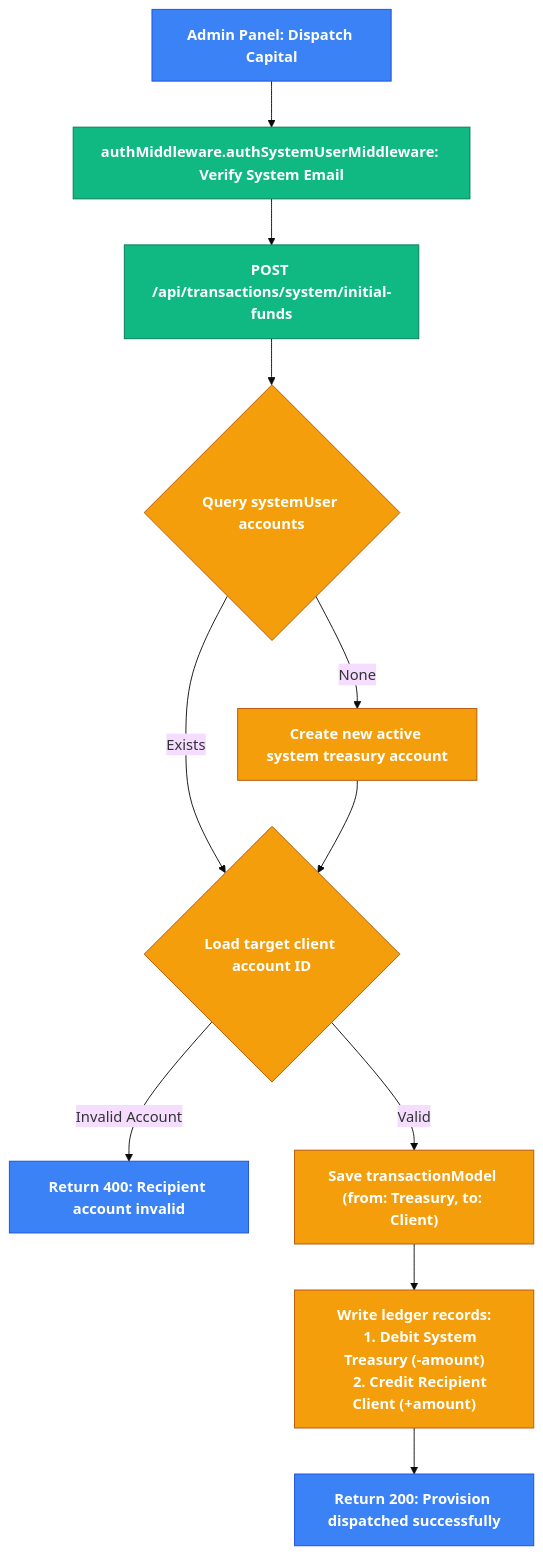
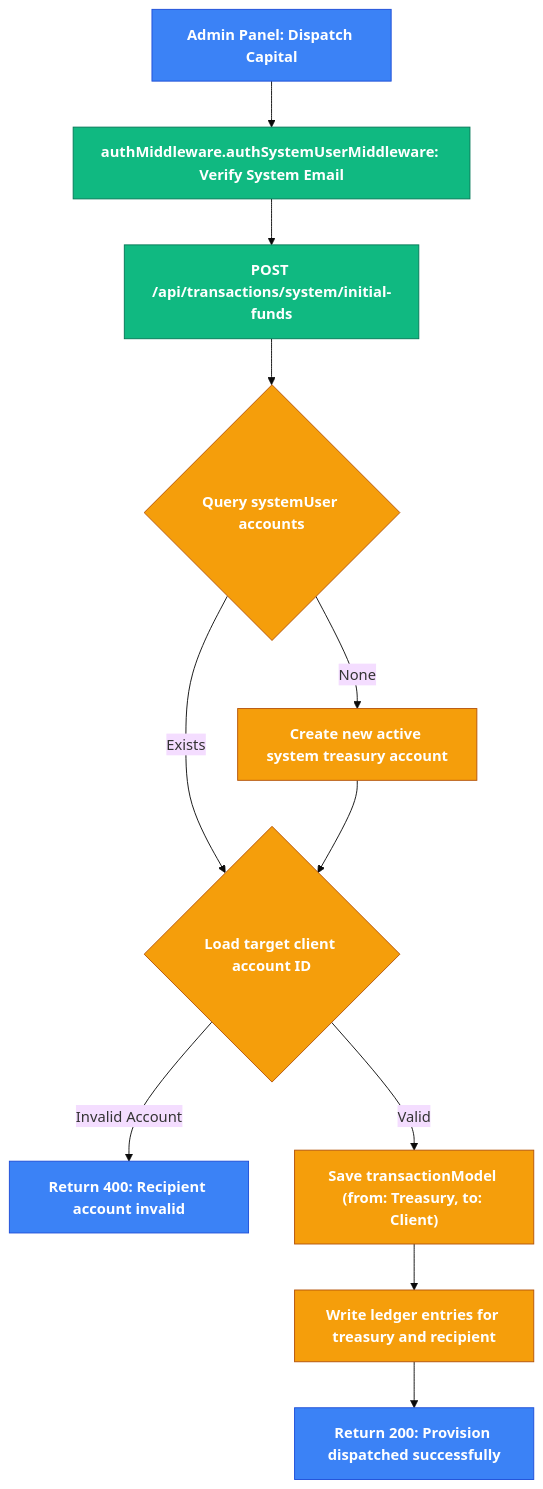
The fifth of 5 diagrams in README.md (nihar5776/Banking-System), drawn with Mermaid (base theme) before and after one commit. The commit also changed other lines of this file and 7 other files, not shown here.

Commit message:
fix mermaid diagram parsing errors in README.md

````diff
--- a/README.md
+++ b/README.md
@@ -322,25 +316,23 @@
 ```mermaid
 graph TD
     classDef client fill:#3b82f6,stroke:#1d4ed8,color:#fff,font-weight:bold;
     classDef server fill:#10b981,stroke:#047857,color:#fff,font-weight:bold;
     classDef db fill:#f59e0b,stroke:#b45309,color:#fff,font-weight:bold;
     
     Start["Admin Panel: Dispatch Capital"] --> AdminGuard["authMiddleware.authSystemUserMiddleware: Verify System Email"]:::server
     AdminGuard --> POST_Funds["POST /api/transactions/system/initial-funds"]:::server
     POST_Funds --> FindTreasury{"Query systemUser accounts"}:::db
     
     FindTreasury -->|None| CreateTreasury["Create new active system treasury account"]:::db
     FindTreasury -->|Exists| FetchRecipient{"Load target client account ID"}:::db
     CreateTreasury --> FetchRecipient
     
     FetchRecipient -->|Invalid Account| FailRecip["Return 400: Recipient account invalid"]:::server
     FetchRecipient -->|Valid| InitTxn["Save transactionModel (from: Treasury, to: Client)"]:::db
     
-    InitTxn --> WriteLedger["Write ledger records:
-    1. Debit System Treasury (-amount)
-    2. Credit Recipient Client (+amount)"]:::db
+    InitTxn --> WriteLedger["Write ledger entries for treasury and recipient"]:::db
     
     WriteLedger --> ProvisionSuccess["Return 200: Provision dispatched successfully"]:::server
 
     class Start,FailRecip,ProvisionSuccess client;
 ```
````
